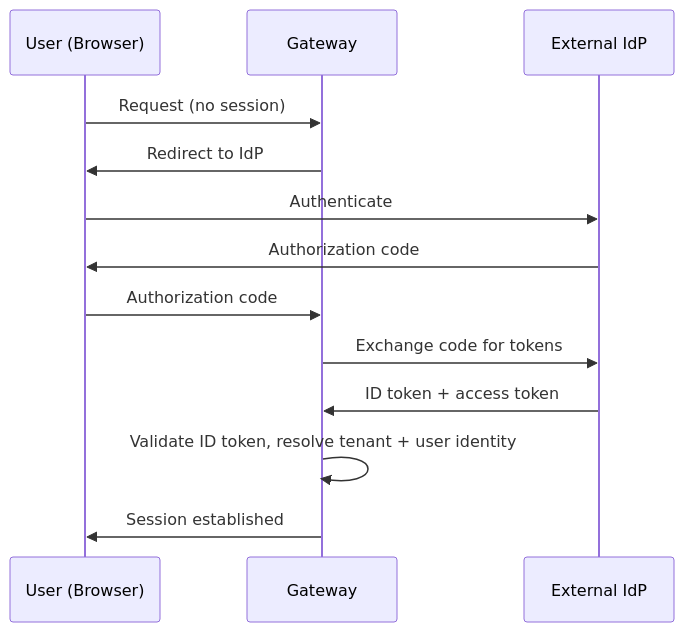
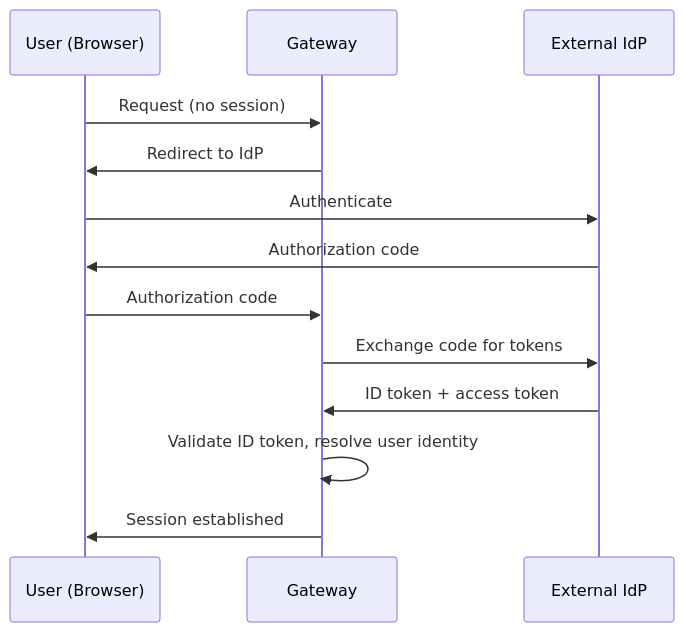
The first of 4 diagrams in architecture/authn.md (agynio/architecture), drawn with Mermaid before and after one commit. The commit also changed other lines of this file and 3 other files, not shown here.

````diff
--- a/architecture/authn.md
+++ b/architecture/authn.md
@@ -34,16 +34,16 @@
 ```mermaid
 sequenceDiagram
     participant U as User (Browser)
     participant GW as Gateway
     participant IdP as External IdP
 
     U->>GW: Request (no session)
     GW->>U: Redirect to IdP
     U->>IdP: Authenticate
     IdP->>U: Authorization code
     U->>GW: Authorization code
     GW->>IdP: Exchange code for tokens
     IdP->>GW: ID token + access token
-    GW->>GW: Validate ID token, resolve tenant + user identity
+    GW->>GW: Validate ID token, resolve user identity
     GW->>U: Session established
 ```
````
